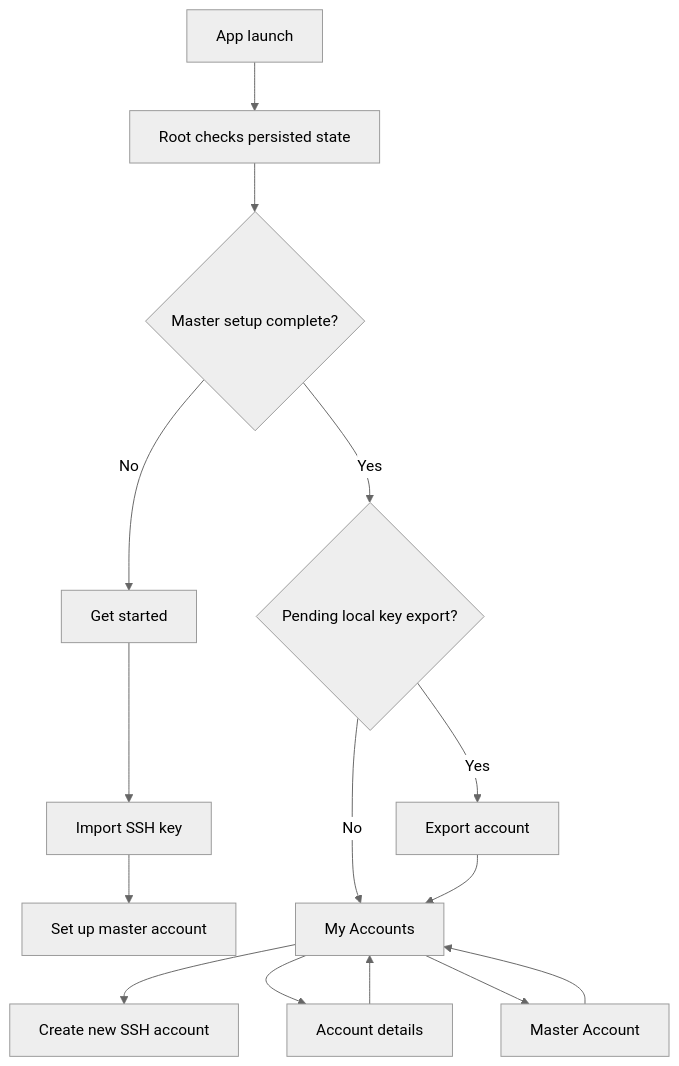
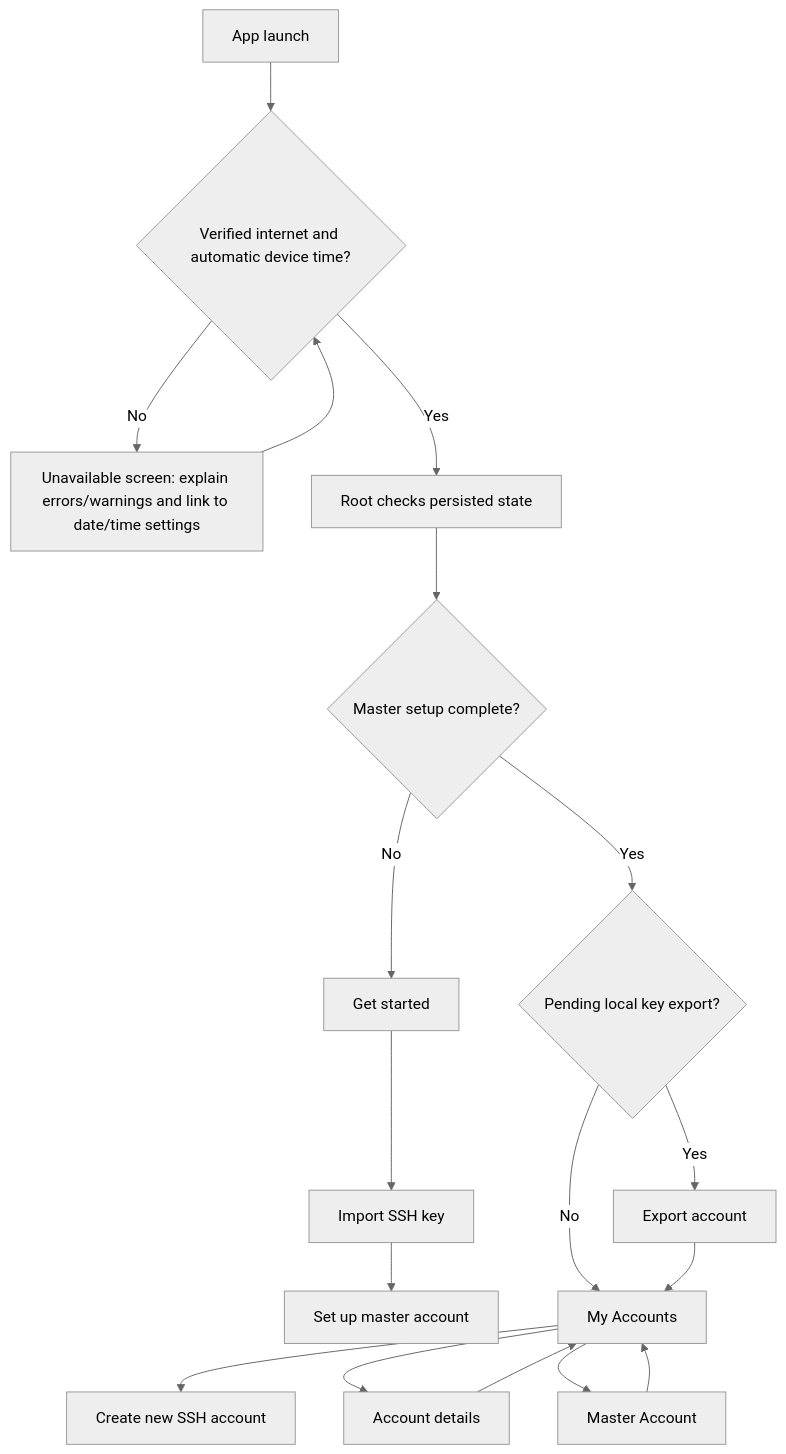
One commit to ZenTenApp/vault-kotlin changed the first of 6 diagrams in docs/stakeholder/flowcharts.md. Above: the diagram before and after it, drawn with Mermaid (neutral theme). The commit also changed 7 other files, not shown here.

Commit message:
feat: block vault when network or automatic time is unavailable

````diff
--- a/docs/stakeholder/flowcharts.md
+++ b/docs/stakeholder/flowcharts.md
@@ -7,17 +7,20 @@
 ```mermaid
 flowchart TD
-    Launch["App launch"] --> Root["Root checks persisted state"]
+    Launch["App launch"] --> Prerequisites{"Verified internet and automatic device time?"}
+    Prerequisites -->|No| Blocked["Unavailable screen: explain errors/warnings and link to date/time settings"]
+    Blocked --> Prerequisites
+    Prerequisites -->|Yes| Root["Root checks persisted state"]
     Root --> Setup{"Master setup complete?"}
     Setup -->|No| Welcome["Get started"]
     Welcome --> Import["Import SSH key"]
     Import --> MasterSetup["Set up master account"]
     Setup -->|Yes| PendingExport{"Pending local key export?"}
     PendingExport -->|Yes| Export["Export account"]
     PendingExport -->|No| Accounts["My Accounts"]
     Export --> Accounts
     Accounts --> Create["Create new SSH account"]
     Accounts --> Detail["Account details"]
     Accounts --> Master["Master Account"]
     Detail --> Accounts
     Master --> Accounts
 ```
````
